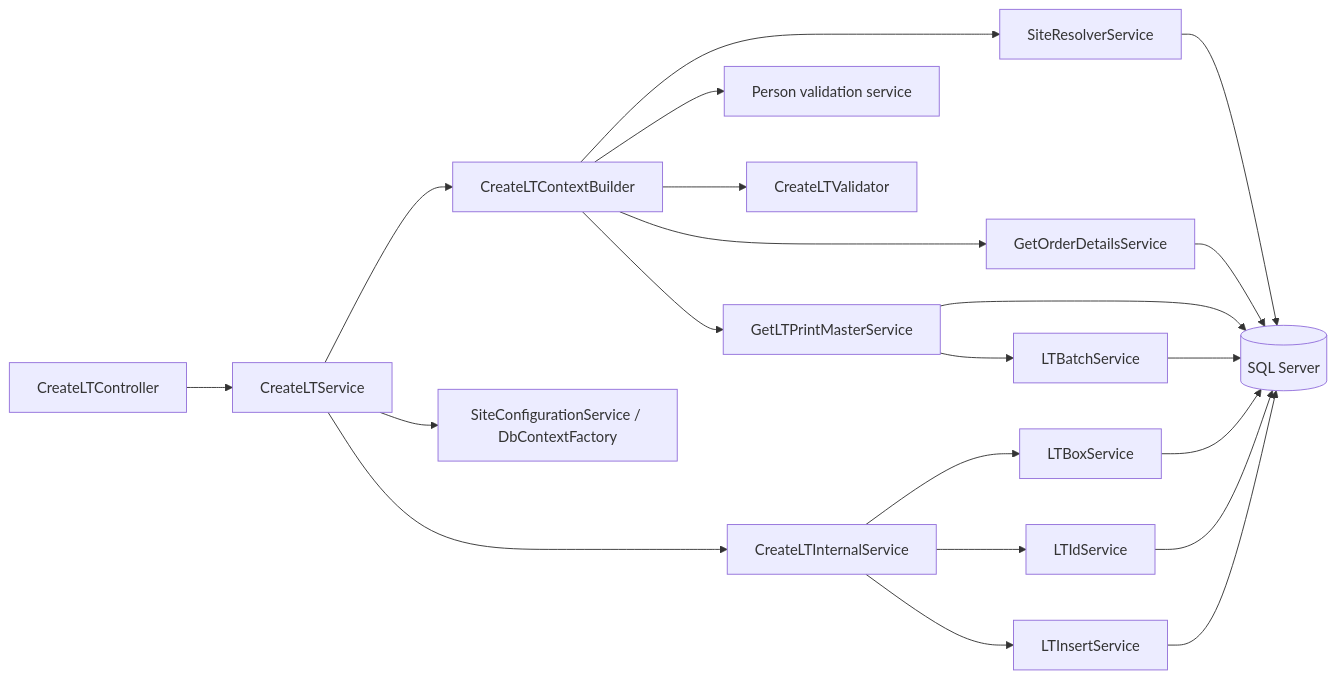
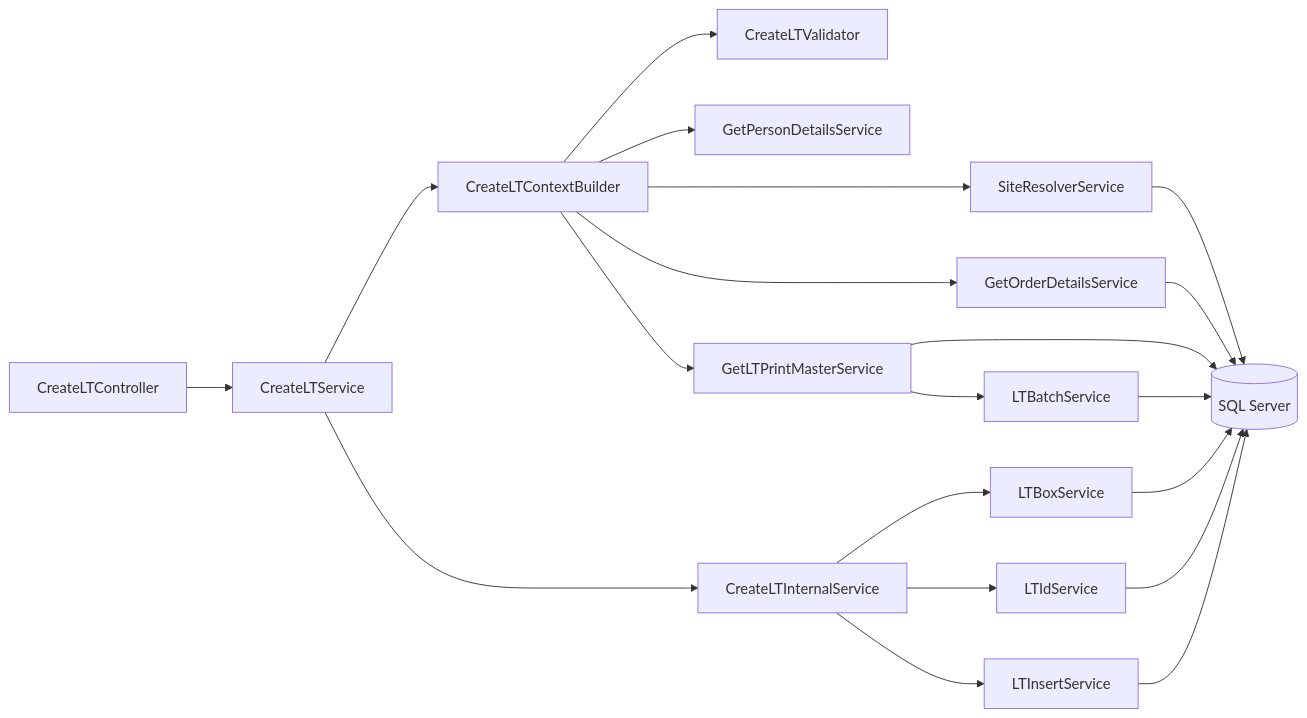
The third of 6 diagrams in Architecture-Analysis.md (Raghavendra194/my-courses), drawn with Mermaid before and after one commit. The commit also changed other lines of this file, not shown here.

````diff
--- a/Architecture-Analysis.md
+++ b/Architecture-Analysis.md
@@ -122,35 +172,34 @@
 ```mermaid
 flowchart LR
-  Controller[CreateLTController]
-  Service[CreateLTService]
-  Builder[CreateLTContextBuilder]
-  Internal[CreateLTInternalService]
-  Config[SiteConfigurationService / DbContextFactory]
+  C[CreateLTController]
+  S[CreateLTService]
+  B[CreateLTContextBuilder]
+  V[CreateLTValidator]
+  O[GetOrderDetailsService]
+  P[GetPersonDetailsService]
   Site[SiteResolverService]
-  Order[GetOrderDetailsService]
-  Person[Person validation service]
-  Validator[CreateLTValidator]
   PM[GetLTPrintMasterService]
   Batch[LTBatchService]
+  Internal[CreateLTInternalService]
   Box[LTBoxService]
   Id[LTIdService]
   Insert[LTInsertService]
-  SQL[(SQL Server)]
-  Controller --> Service --> Config
-  Service --> Builder --> Site
-  Builder --> Validator
-  Builder --> Order
-  Builder --> Person
-  Builder --> PM --> Batch
-  Service --> Internal
+  DB[(SQL Server)]
+  C --> S --> B
+  B --> V
+  B --> Site
+  B --> O
+  B --> P
+  B --> PM --> Batch
+  S --> Internal
   Internal --> Box
   Internal --> Id
   Internal --> Insert
-  Site --> SQL
-  Order --> SQL
-  PM --> SQL
-  Batch --> SQL
-  Box --> SQL
-  Id --> SQL
-  Insert --> SQL
+  Site --> DB
+  O --> DB
+  PM --> DB
+  Batch --> DB
+  Box --> DB
+  Id --> DB
+  Insert --> DB
 ```
````
